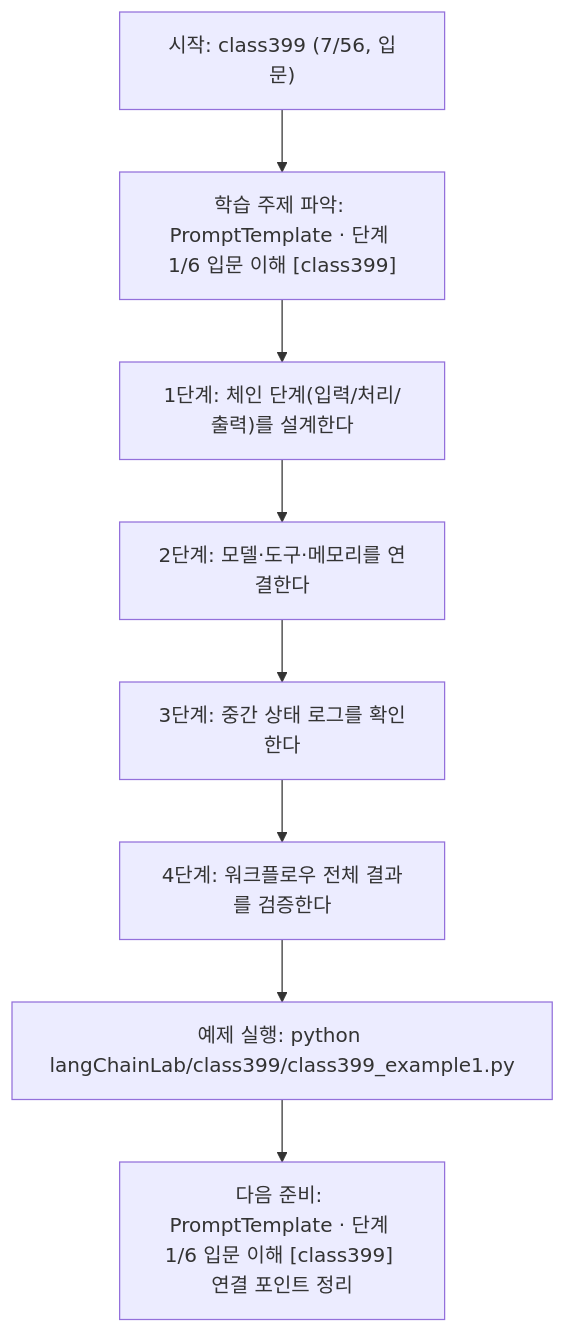
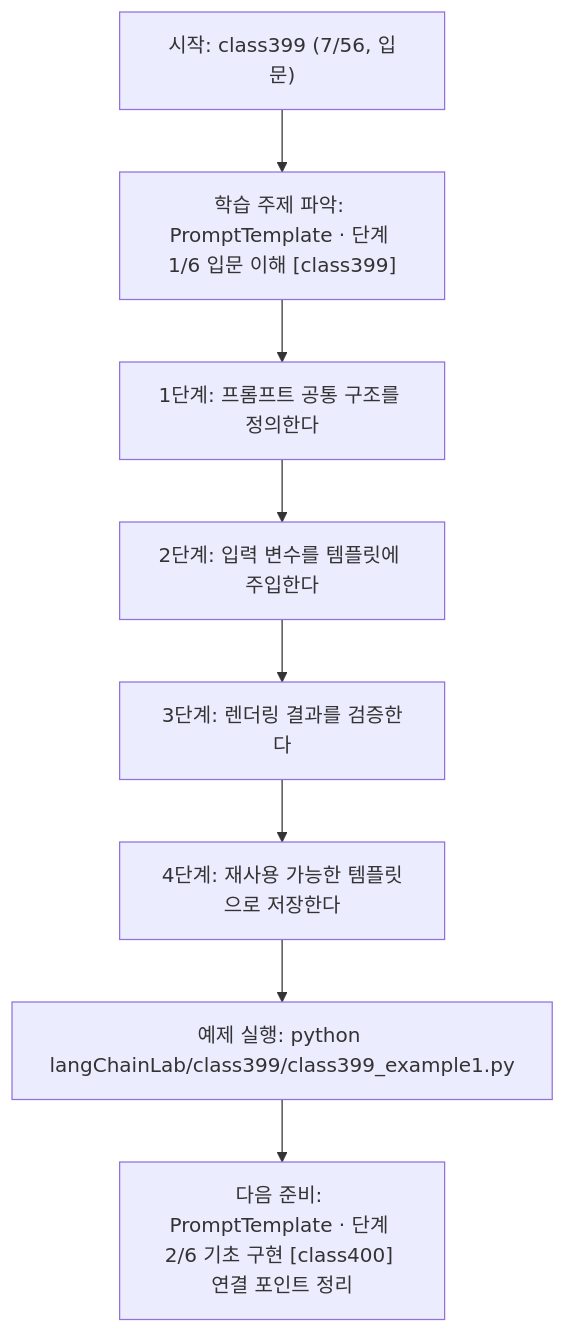
Before and after one commit to edumgt/Python-AI_Agent-Class: the diagram in langChainLab/class399/class399.md, drawn with Mermaid. The commit also changed other lines of this file and 395 other files, not shown here.

````diff
--- a/langChainLab/class399/class399.md
+++ b/langChainLab/class399/class399.md
@@ -108,18 +90,18 @@
 ```mermaid
 flowchart TD
 N1["시작: class399 (7/56, 입문)"]
 N2["학습 주제 파악: PromptTemplate · 단계 1/6 입문 이해 [class399]"]
-N3["1단계: 체인 단계(입력/처리/출력)를 설계한다"]
-N4["2단계: 모델·도구·메모리를 연결한다"]
-N5["3단계: 중간 상태 로그를 확인한다"]
-N6["4단계: 워크플로우 전체 결과를 검증한다"]
+N3["1단계: 프롬프트 공통 구조를 정의한다"]
+N4["2단계: 입력 변수를 템플릿에 주입한다"]
+N5["3단계: 렌더링 결과를 검증한다"]
+N6["4단계: 재사용 가능한 템플릿으로 저장한다"]
 N7["예제 실행: python langChainLab/class399/class399_example1.py"]
-N8["다음 준비: PromptTemplate · 단계 1/6 입문 이해 [class399] 연결 포인트 정리"]
+N8["다음 준비: PromptTemplate · 단계 2/6 기초 구현 [class400] 연결 포인트 정리"]
 N1 --> N2
 N2 --> N3
 N3 --> N4
 N4 --> N5
 N5 --> N6
 N6 --> N7
 N7 --> N8
 ```
````
